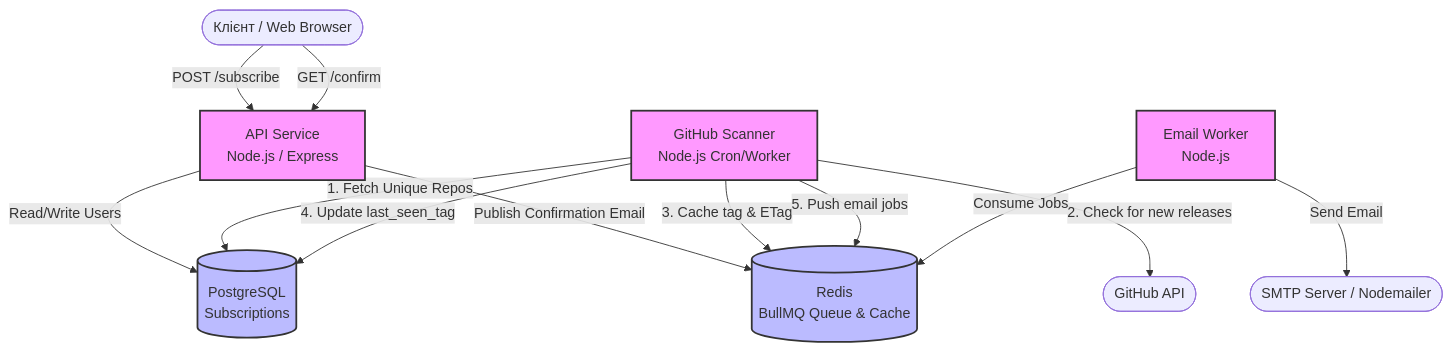
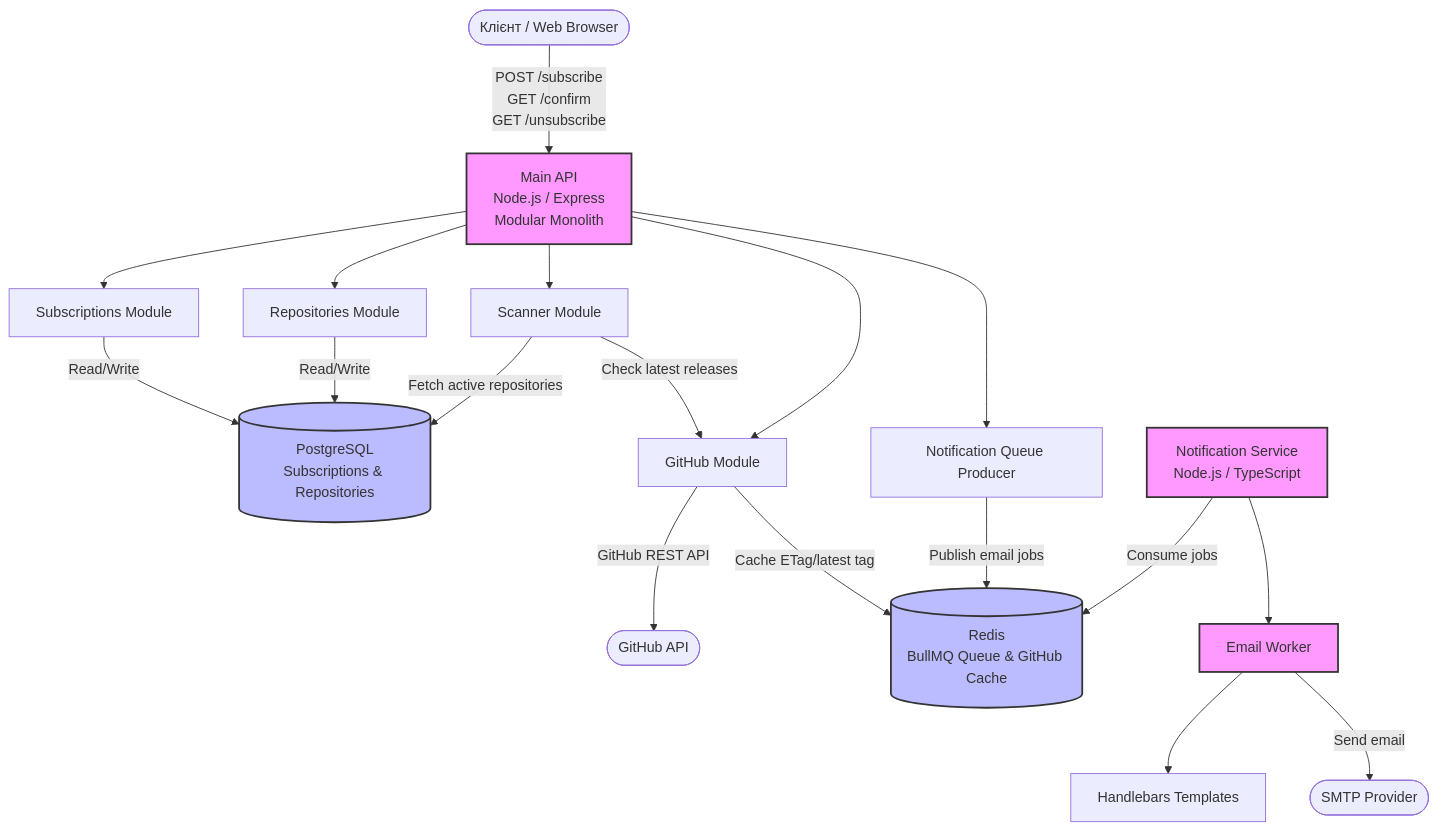
The first of 2 diagrams in docs/system-design.md (GenesisEducationKyiv/software-engineering-school-6-0-IvanGodPro24), drawn with Mermaid before and after one commit. The commit also changed other lines of this file and 2 other files, not shown here.

Commit message:
docs: document modular architecture and notification service

````diff
--- a/docs/system-design.md
+++ b/docs/system-design.md
@@ -49,28 +62,48 @@
 ```mermaid
 graph TD
     Client([Клієнт / Web Browser])
-    API[API Service<br/>Node.js / Express]
-    DB[(PostgreSQL<br/>Subscriptions)]
-    RedisQueue[(Redis<br/>BullMQ Queue & Cache)]
-    Scanner[GitHub Scanner<br/>Node.js Cron/Worker]
-    EmailWorker[Email Worker<br/>Node.js]
+
+    API[Main API<br/>Node.js / Express<br/>Modular Monolith]
+    Subscriptions[Subscriptions Module]
+    Repositories[Repositories Module]
+    Scanner[Scanner Module]
+    GitHubModule[GitHub Module]
+    NotificationProducer[Notification Queue Producer]
+
+    DB[(PostgreSQL<br/>Subscriptions & Repositories)]
+    Redis[(Redis<br/>BullMQ Queue & GitHub Cache)]
+
+    NotificationService[Notification Service<br/>Node.js / TypeScript]
+    EmailWorker[Email Worker]
+    Templates[Handlebars Templates]
+    SMTP([SMTP Provider])
     GitHub([GitHub API])
-    SMTP([SMTP Server / Nodemailer])
 
-    Client -- "POST /subscribe" --> API
-    Client -- "GET /confirm" --> API
-    API -- "Read/Write Users" --> DB
-    API -- "Publish Confirmation Email" --> RedisQueue
-    Scanner -- "1. Fetch Unique Repos" --> DB
-    Scanner -- "2. Check for new releases" --> GitHub
-    Scanner -- "3. Cache tag & ETag" --> RedisQueue
-    Scanner -- "4. Update last_seen_tag" --> DB
-    Scanner -- "5. Push email jobs" --> RedisQueue
-    EmailWorker -- "Consume Jobs" --> RedisQueue
-    EmailWorker -- "Send Email" --> SMTP
+    Client -- "POST /subscribe<br/>GET /confirm<br/>GET /unsubscribe" --> API
+
+    API --> Subscriptions
+    API --> Repositories
+    API --> Scanner
+    API --> GitHubModule
+    API --> NotificationProducer
+
+    Subscriptions -- "Read/Write" --> DB
+    Repositories -- "Read/Write" --> DB
+
+    Scanner -- "Fetch active repositories" --> DB
+    Scanner -- "Check latest releases" --> GitHubModule
+    GitHubModule -- "GitHub REST API" --> GitHub
+    GitHubModule -- "Cache ETag/latest tag" --> Redis
+
+    NotificationProducer -- "Publish email jobs" --> Redis
+
+    NotificationService -- "Consume jobs" --> Redis
+    NotificationService --> EmailWorker
+    EmailWorker --> Templates
+    EmailWorker -- "Send email" --> SMTP
 
     classDef service fill:#f9f,stroke:#333,stroke-width:2px;
     classDef database fill:#bbf,stroke:#333,stroke-width:2px;
-    class API,Scanner,EmailWorker service;
-    class DB,RedisQueue database;
+    class API,NotificationService,EmailWorker service;
+    class DB,Redis database;
 ```
````
